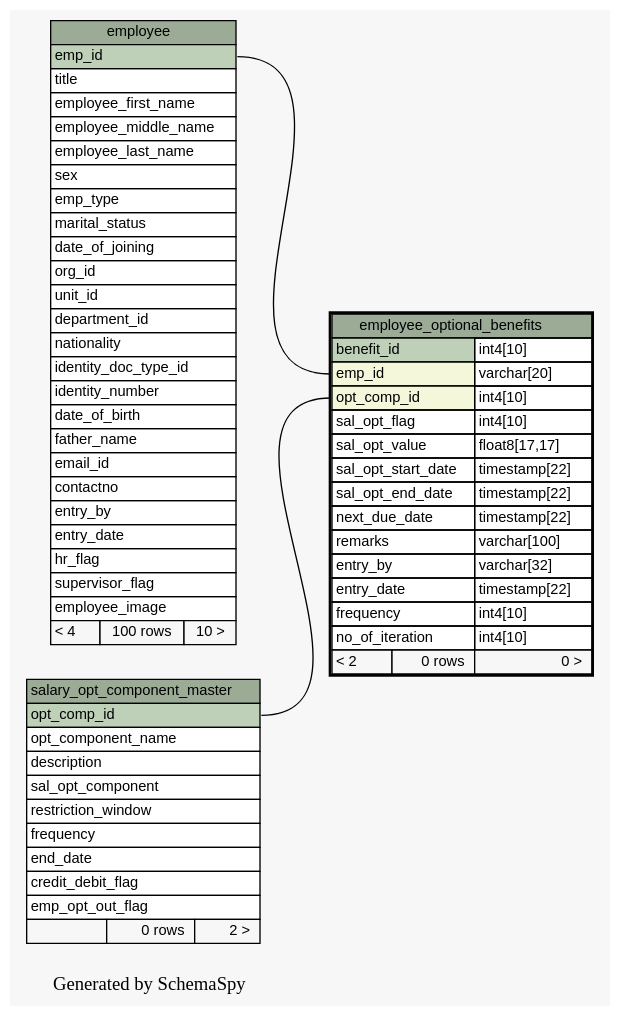
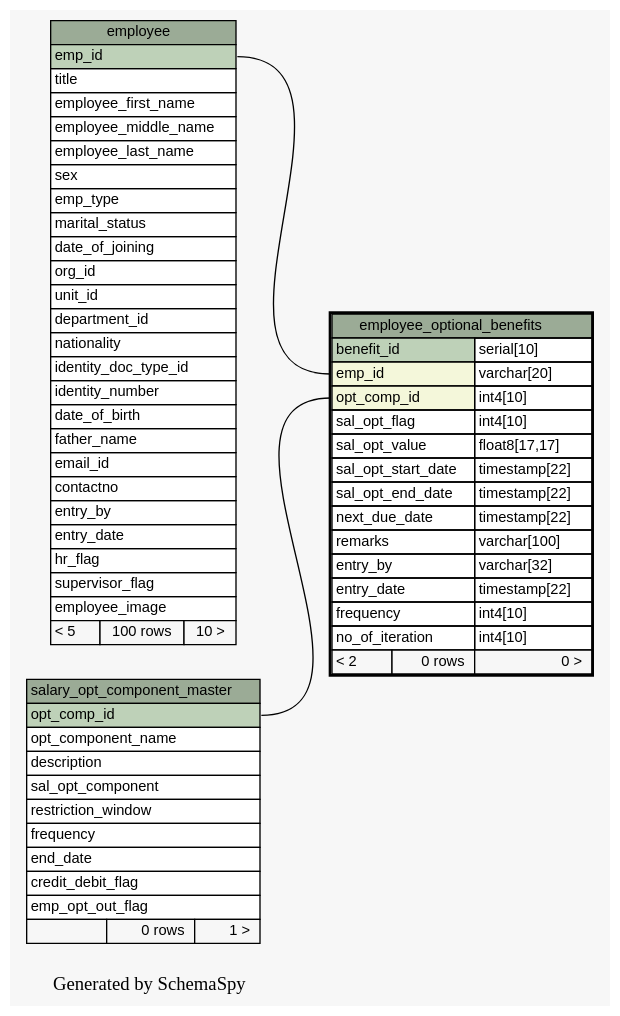
The diagram in docs/database/schemaspy/graphs/employee_optional_benefits.1degree.dot (engineerscraft/hrms), drawn with Graphviz before and after one commit. The commit also changed 204 other files, not shown here.

```diff
--- a/docs/database/schemaspy/graphs/employee_optional_benefits.1degree.dot
+++ b/docs/database/schemaspy/graphs/employee_optional_benefits.1degree.dot
@@ -1,92 +1,92 @@
 // dot 2.38.0 on Windows 7 6.1
 digraph "oneDegreeRelationshipsGraph" {
   graph [
     rankdir="RL"
     bgcolor="#f7f7f7"
     label="\nGenerated by SchemaSpy"
     labeljust="l"
   ];
   node [
     fontname="Helvetica"
     fontsize="11"
     shape="plaintext"
   ];
   edge [
     arrowsize="0.8"
   ];
   "employee_optional_benefits":"emp_id":w -> "employee":"emp_id":e [arrowtail=crowodot arrowhead=none];
   "employee_optional_benefits":"opt_comp_id":w -> "salary_opt_component_master":"opt_comp_id":e [arrowtail=crowodot arrowhead=none];
   "employee" [
     label=<
     <TABLE BORDER="0" CELLBORDER="1" CELLSPACING="0" BGCOLOR="#ffffff">
       <TR><TD PORT="employee.heading" COLSPAN="3" BGCOLOR="#9bab96" ALIGN="CENTER">employee</TD></TR>
       <TR><TD PORT="emp_id" COLSPAN="3" BGCOLOR="#bed1b8" ALIGN="LEFT">emp_id</TD></TR>
       <TR><TD PORT="title" COLSPAN="3" ALIGN="LEFT">title</TD></TR>
       <TR><TD PORT="employee_first_name" COLSPAN="3" ALIGN="LEFT">employee_first_name</TD></TR>
       <TR><TD PORT="employee_middle_name" COLSPAN="3" ALIGN="LEFT">employee_middle_name</TD></TR>
       <TR><TD PORT="employee_last_name" COLSPAN="3" ALIGN="LEFT">employee_last_name</TD></TR>
       <TR><TD PORT="sex" COLSPAN="3" ALIGN="LEFT">sex</TD></TR>
       <TR><TD PORT="emp_type" COLSPAN="3" ALIGN="LEFT">emp_type</TD></TR>
       <TR><TD PORT="marital_status" COLSPAN="3" ALIGN="LEFT">marital_status</TD></TR>
       <TR><TD PORT="date_of_joining" COLSPAN="3" ALIGN="LEFT">date_of_joining</TD></TR>
       <TR><TD PORT="org_id" COLSPAN="3" ALIGN="LEFT">org_id</TD></TR>
       <TR><TD PORT="unit_id" COLSPAN="3" ALIGN="LEFT">unit_id</TD></TR>
       <TR><TD PORT="department_id" COLSPAN="3" ALIGN="LEFT">department_id</TD></TR>
       <TR><TD PORT="nationality" COLSPAN="3" ALIGN="LEFT">nationality</TD></TR>
       <TR><TD PORT="identity_doc_type_id" COLSPAN="3" ALIGN="LEFT">identity_doc_type_id</TD></TR>
       <TR><TD PORT="identity_number" COLSPAN="3" ALIGN="LEFT">identity_number</TD></TR>
       <TR><TD PORT="date_of_birth" COLSPAN="3" ALIGN="LEFT">date_of_birth</TD></TR>
       <TR><TD PORT="father_name" COLSPAN="3" ALIGN="LEFT">father_name</TD></TR>
       <TR><TD PORT="email_id" COLSPAN="3" ALIGN="LEFT">email_id</TD></TR>
       <TR><TD PORT="contactno" COLSPAN="3" ALIGN="LEFT">contactno</TD></TR>
       <TR><TD PORT="entry_by" COLSPAN="3" ALIGN="LEFT">entry_by</TD></TR>
       <TR><TD PORT="entry_date" COLSPAN="3" ALIGN="LEFT">entry_date</TD></TR>
       <TR><TD PORT="hr_flag" COLSPAN="3" ALIGN="LEFT">hr_flag</TD></TR>
       <TR><TD PORT="supervisor_flag" COLSPAN="3" ALIGN="LEFT">supervisor_flag</TD></TR>
       <TR><TD PORT="employee_image" COLSPAN="3" ALIGN="LEFT">employee_image</TD></TR>
-      <TR><TD ALIGN="LEFT" BGCOLOR="#f7f7f7">&lt; 4</TD><TD ALIGN="RIGHT" BGCOLOR="#f7f7f7">100 rows</TD><TD ALIGN="RIGHT" BGCOLOR="#f7f7f7">10 &gt;</TD></TR>
+      <TR><TD ALIGN="LEFT" BGCOLOR="#f7f7f7">&lt; 5</TD><TD ALIGN="RIGHT" BGCOLOR="#f7f7f7">100 rows</TD><TD ALIGN="RIGHT" BGCOLOR="#f7f7f7">10 &gt;</TD></TR>
     </TABLE>>
     URL="employee.html#graph"
     tooltip="employee"
   ];
   "employee_optional_benefits" [
     label=<
     <TABLE BORDER="2" CELLBORDER="1" CELLSPACING="0" BGCOLOR="#ffffff">
       <TR><TD PORT="employee_optional_benefits.heading" COLSPAN="3" BGCOLOR="#9bab96" ALIGN="CENTER">employee_optional_benefits</TD></TR>
-      <TR><TD PORT="benefit_id" COLSPAN="2" BGCOLOR="#bed1b8" ALIGN="LEFT">benefit_id</TD><TD PORT="benefit_id.type" ALIGN="LEFT">int4[10]</TD></TR>
+      <TR><TD PORT="benefit_id" COLSPAN="2" BGCOLOR="#bed1b8" ALIGN="LEFT">benefit_id</TD><TD PORT="benefit_id.type" ALIGN="LEFT">serial[10]</TD></TR>
       <TR><TD PORT="emp_id" COLSPAN="2" BGCOLOR="#f4f7da" ALIGN="LEFT">emp_id</TD><TD PORT="emp_id.type" ALIGN="LEFT">varchar[20]</TD></TR>
       <TR><TD PORT="opt_comp_id" COLSPAN="2" BGCOLOR="#f4f7da" ALIGN="LEFT">opt_comp_id</TD><TD PORT="opt_comp_id.type" ALIGN="LEFT">int4[10]</TD></TR>
       <TR><TD PORT="sal_opt_flag" COLSPAN="2" ALIGN="LEFT">sal_opt_flag</TD><TD PORT="sal_opt_flag.type" ALIGN="LEFT">int4[10]</TD></TR>
       <TR><TD PORT="sal_opt_value" COLSPAN="2" ALIGN="LEFT">sal_opt_value</TD><TD PORT="sal_opt_value.type" ALIGN="LEFT">float8[17,17]</TD></TR>
       <TR><TD PORT="sal_opt_start_date" COLSPAN="2" ALIGN="LEFT">sal_opt_start_date</TD><TD PORT="sal_opt_start_date.type" ALIGN="LEFT">timestamp[22]</TD></TR>
       <TR><TD PORT="sal_opt_end_date" COLSPAN="2" ALIGN="LEFT">sal_opt_end_date</TD><TD PORT="sal_opt_end_date.type" ALIGN="LEFT">timestamp[22]</TD></TR>
       <TR><TD PORT="next_due_date" COLSPAN="2" ALIGN="LEFT">next_due_date</TD><TD PORT="next_due_date.type" ALIGN="LEFT">timestamp[22]</TD></TR>
       <TR><TD PORT="remarks" COLSPAN="2" ALIGN="LEFT">remarks</TD><TD PORT="remarks.type" ALIGN="LEFT">varchar[100]</TD></TR>
       <TR><TD PORT="entry_by" COLSPAN="2" ALIGN="LEFT">entry_by</TD><TD PORT="entry_by.type" ALIGN="LEFT">varchar[32]</TD></TR>
       <TR><TD PORT="entry_date" COLSPAN="2" ALIGN="LEFT">entry_date</TD><TD PORT="entry_date.type" ALIGN="LEFT">timestamp[22]</TD></TR>
       <TR><TD PORT="frequency" COLSPAN="2" ALIGN="LEFT">frequency</TD><TD PORT="frequency.type" ALIGN="LEFT">int4[10]</TD></TR>
       <TR><TD PORT="no_of_iteration" COLSPAN="2" ALIGN="LEFT">no_of_iteration</TD><TD PORT="no_of_iteration.type" ALIGN="LEFT">int4[10]</TD></TR>
       <TR><TD ALIGN="LEFT" BGCOLOR="#f7f7f7">&lt; 2</TD><TD ALIGN="RIGHT" BGCOLOR="#f7f7f7">0 rows</TD><TD ALIGN="RIGHT" BGCOLOR="#f7f7f7">0 &gt;</TD></TR>
     </TABLE>>
     URL="employee_optional_benefits.html#"
     tooltip="employee_optional_benefits"
   ];
   "salary_opt_component_master" [
     label=<
     <TABLE BORDER="0" CELLBORDER="1" CELLSPACING="0" BGCOLOR="#ffffff">
       <TR><TD PORT="salary_opt_component_master.heading" COLSPAN="3" BGCOLOR="#9bab96" ALIGN="CENTER">salary_opt_component_master</TD></TR>
       <TR><TD PORT="opt_comp_id" COLSPAN="3" BGCOLOR="#bed1b8" ALIGN="LEFT">opt_comp_id</TD></TR>
       <TR><TD PORT="opt_component_name" COLSPAN="3" ALIGN="LEFT">opt_component_name</TD></TR>
       <TR><TD PORT="description" COLSPAN="3" ALIGN="LEFT">description</TD></TR>
       <TR><TD PORT="sal_opt_component" COLSPAN="3" ALIGN="LEFT">sal_opt_component</TD></TR>
       <TR><TD PORT="restriction_window" COLSPAN="3" ALIGN="LEFT">restriction_window</TD></TR>
       <TR><TD PORT="frequency" COLSPAN="3" ALIGN="LEFT">frequency</TD></TR>
       <TR><TD PORT="end_date" COLSPAN="3" ALIGN="LEFT">end_date</TD></TR>
       <TR><TD PORT="credit_debit_flag" COLSPAN="3" ALIGN="LEFT">credit_debit_flag</TD></TR>
       <TR><TD PORT="emp_opt_out_flag" COLSPAN="3" ALIGN="LEFT">emp_opt_out_flag</TD></TR>
-      <TR><TD ALIGN="LEFT" BGCOLOR="#f7f7f7">  </TD><TD ALIGN="RIGHT" BGCOLOR="#f7f7f7">0 rows</TD><TD ALIGN="RIGHT" BGCOLOR="#f7f7f7">2 &gt;</TD></TR>
+      <TR><TD ALIGN="LEFT" BGCOLOR="#f7f7f7">  </TD><TD ALIGN="RIGHT" BGCOLOR="#f7f7f7">0 rows</TD><TD ALIGN="RIGHT" BGCOLOR="#f7f7f7">1 &gt;</TD></TR>
     </TABLE>>
     URL="salary_opt_component_master.html#graph"
     tooltip="salary_opt_component_master"
   ];
 }
```
